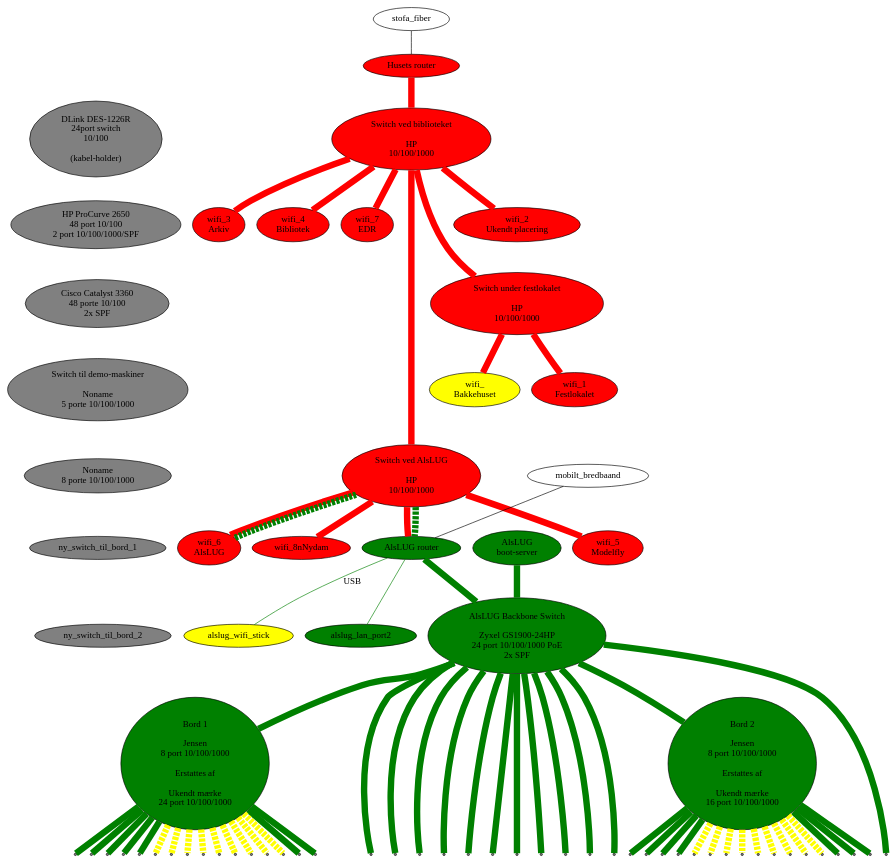
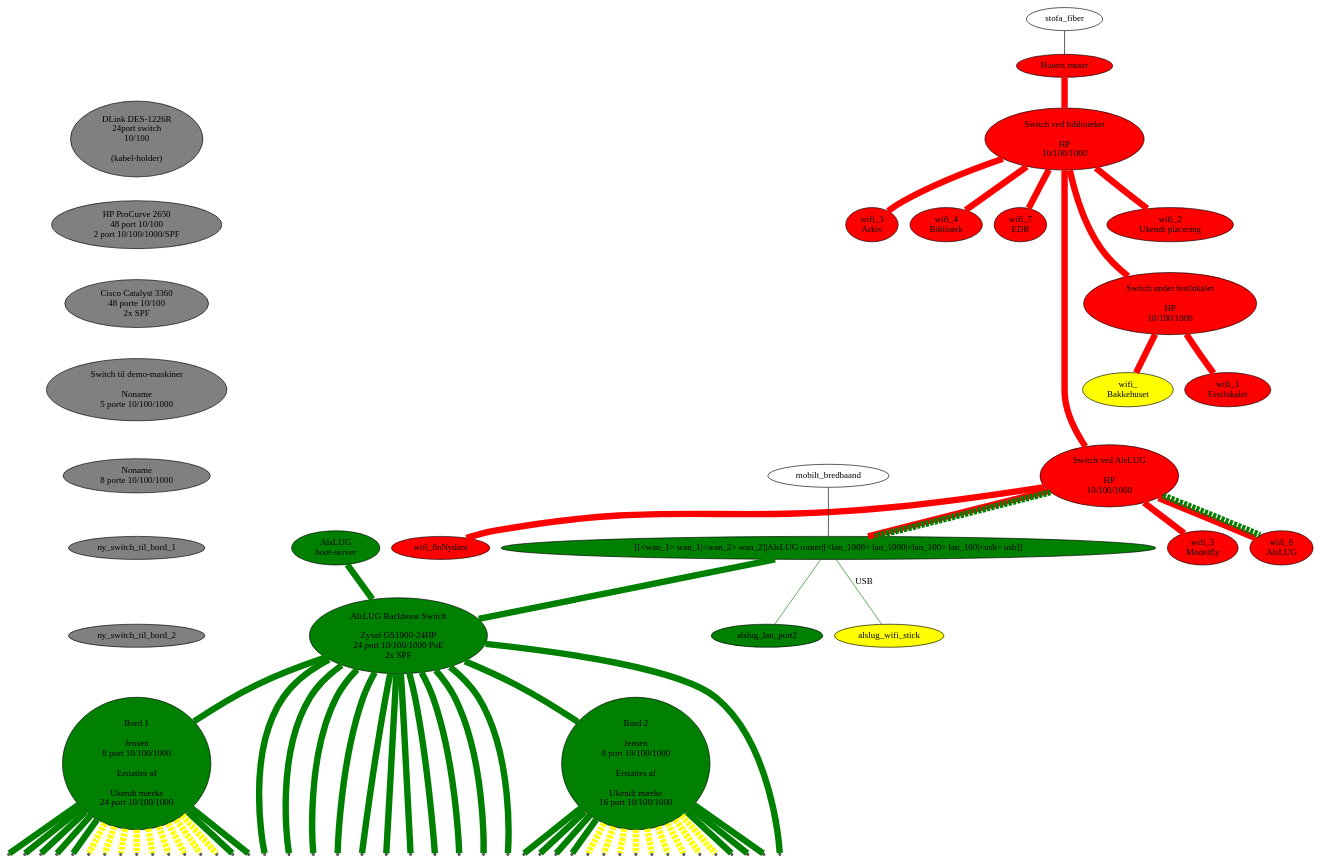
One commit to alslug/alslug.dk changed the diagram in projekter/network.dot. Above: the diagram before and after it, drawn with Graphviz.

```diff
--- a/projekter/network.dot
+++ b/projekter/network.dot
@@ -1,97 +1,97 @@
 digraph xxx {
 #  link_12a [ shape=point ];
 #  link_12b [ shape=point ];
 #  link_12c [ shape=point ];
   edge [ dir=none penwidth=10 ];
 
   node [ style=filled fillcolor=red ];
   husets_router [ label="Husets router" ];
   husets_switch_1 [ label="Switch ved biblioteket\n\nHP\n10/100/1000" ];
   husets_switch_2 [ label="Switch ved AlsLUG\n\nHP\n10/100/1000" ];
   festlokale_switch [ label="Switch under festlokalet\n\nHP\n10/100/1000" ];
   wifi_1 [ label="wifi_1\nFestlokalet" ];
   wifi_2 [ label="wifi_2\nUkendt placering" ];
   wifi_3 [ label="wifi_3\nArkiv"];
   wifi_4 [ label="wifi_4\nBibliotek" ];
   wifi_5 [ label="wifi_5\nModelfly" ];
   wifi_6 [ label="wifi_6\nAlsLUG" ];
   wifi_7 [ label="wifi_7\nEDR" ];
   wifi_8 [ label="wifi_\8nNydam" ];
   wifi_9 [ label="wifi_\nBakkehuset" fillcolor=yellow ];
   
   node [ style=filled fillcolor=green ];
-  alslug_router [ label="AlsLUG router" ];
+  alslug_router [ type=record label="[[<wan_1> wan_1|<wan_2> wan_2]|AlsLUG router|[<lan_1000> lan_1000|<lan_100> lan_100|<usb> usb]]" ];
   alslug_gl_bootserver [ label="AlsLUG\nboot-server" ];
   alslug_backbone_switch [ label="AlsLUG Backbone Switch\n\nZyxel GS1900-24HP\n24 port 10/100/1000 PoE\n2x SPF"];
   bord_1 [ label="Bord 1\n\nJensen\n8 port 10/100/1000\n\n Erstattes af\n\nUkendt mærke\n24 port 10/100/1000"];
   bord_2 [ label="Bord 2\n\nJensen\n8 port 10/100/1000\n\n Erstattes af\n\nUkendt mærke\n16 port 10/100/1000"];
   alslug_wifi_stick alslug_lan_port2;
   
   // Udstyr som pt ikke bruges
   node [ style=filled fillcolor=gray ];
   switch_24p      [ label="DLink DES-1226R\n24port switch\n10/100\n\n(kabel-holder)"];
   switch_48p      [ label="HP ProCurve 2650\n48 port 10/100\n2 port 10/100/1000/SPF"];
   switch_48p_poe  [ label="Cisco Catalyst 3360\n48 porte 10/100\n2x SPF"];
   switch_5p       [ label="Switch til demo-maskiner\n\nNoname\n5 porte 10/100/1000" ];
   switch_8p       [ label="Noname\n8 porte 10/100/1000"];
   
   switch_24p -> switch_48p -> switch_48p_poe -> switch_5p -> switch_8p -> ny_switch_til_bord_1 -> ny_switch_til_bord_2 -> bord_1 [ color=invis ];
   
   
   node [ style=normal ];
   // Internet forbindelser
-  stofa_fiber      -> husets_router [ penwidth=1 fillcolor=black style=filled ];
-  mobilt_bredbaand -> alslug_router [ penwidth=1 fillcolor=black style=filled ];
+  stofa_fiber      -> husets_router:wan_1 [ penwidth=1 fillcolor=black style=filled ];
+  mobilt_bredbaand -> alslug_router:wan_2 [ penwidth=1 fillcolor=black style=filled ];
   
   // Husets forbindelser
   edge  [ color=red style=solid ];
   husets_switch_1 -> festlokale_switch -> {             wifi_1                                                  wifi_9 };
   husets_router -> husets_switch_1 -> {                        wifi_2 wifi_3 wifi_4               wifi_7               };
   husets_switch_1 -> husets_switch_2 -> { alslug_router                             wifi_5 wifi_6        wifi_8        };
 
   // VLAN forbindelser over bakkensbros netværk
   edge  [ color=green style=dashed ];
-  husets_switch_2 -> { alslug_router wifi_6 };
+  husets_switch_2 -> { alslug_router:wan_1 wifi_6 };
 
   alslug_wifi_stick [ fillcolor=yellow style=filled ];
 
   // Interne forbindelser
   edge [ color=green style=solid ];
   node [ shape=point ];
   
-  {alslug_router alslug_gl_bootserver} -> alslug_backbone_switch -> { bord_1 bord_2 
+  {alslug_router:lan_1000 alslug_gl_bootserver} -> alslug_backbone_switch -> { bord_1 bord_2 
                   vindue_left_12  vindue_left_11  vindue_left_10  vindue_left_9
                   vindue_center_8 vindue_center_7 vindue_center_6 vindue_center_5
                   vindue_right_4  vindue_right_3  vindue_right_2  vindue_right_1
                   }
 
-  alslug_router -> alslug_wifi_stick [ penwidth=1 label="USB" ];
-  alslug_router -> alslug_lan_port2 [ penwidth=1 ];
+  alslug_router:usb -> alslug_wifi_stick [ penwidth=1 label="USB" ];
+  alslug_router:lan_100 -> alslug_lan_port2 [ penwidth=1 ];
   
   bord_1 -> {
                   bord_1_1 bord_1_2 bord_1_3 bord_1_4 bord_1_5 bord_1_6 bord_1_7
                 };
   bord_1 -> {
                   bord_1_8 bord_1_9 bord_1_10 bord_1_11 bord_1_12 bord_1_13 bord_1_14 bord_1_15 bord_1_16
                 } [ style=dashed color=yellow ];
   bord_2 -> {
                   bord_2_1 bord_2_2 bord_2_3 bord_2_4 bord_2_5 bord_2_6 bord_2_7
                 };
   bord_2 -> {
                   bord_2_8 bord_2_9 bord_2_10 bord_2_11 bord_2_12 bord_2_13 bord_2_14 bord_2_15 bord_2_16
                 } [ style=dashed color=yellow ];
                 
   edge [ color=invis ];
   husets_switch_1 -> wifi_2 -> festlokale_switch -> wifi_1 -> husets_switch_2;
 
   subgraph {
     rank = same;
                   vindue_left_12;   vindue_left_11;   vindue_left_10;   vindue_left_9;
                   vindue_center_8;  vindue_center_7;  vindue_center_6;  vindue_center_5;
                   vindue_right_4;   vindue_right_3;   vindue_right_2;   vindue_right_1;
                   bord_1_1;   bord_1_2;   bord_1_3;   bord_1_4;   bord_1_5;   bord_1_6;   bord_1_7;   bord_1_8;
                   bord_1_9;   bord_1_10;  bord_1_11;  bord_1_12;  bord_1_13;  bord_1_14;  bord_1_15;  bord_1_16;
                   bord_2_1;   bord_2_2;   bord_2_3;   bord_2_4;   bord_2_5;   bord_2_6;   bord_2_7;   bord_2_8;
                   bord_2_9;   bord_2_10;  bord_2_11;  bord_2_12;  bord_2_13;  bord_2_14;  bord_2_15;  bord_2_16;
   }
 }
```
